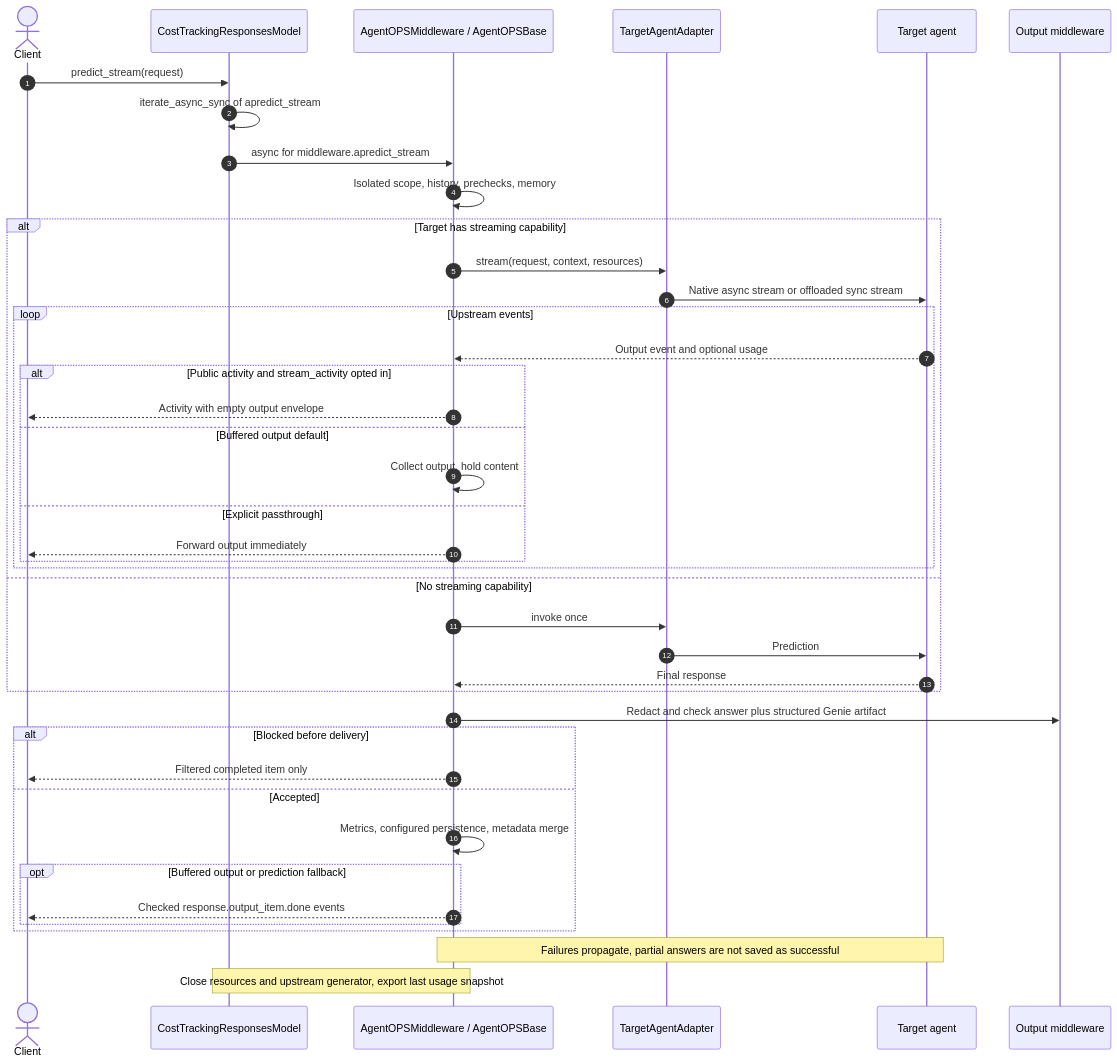
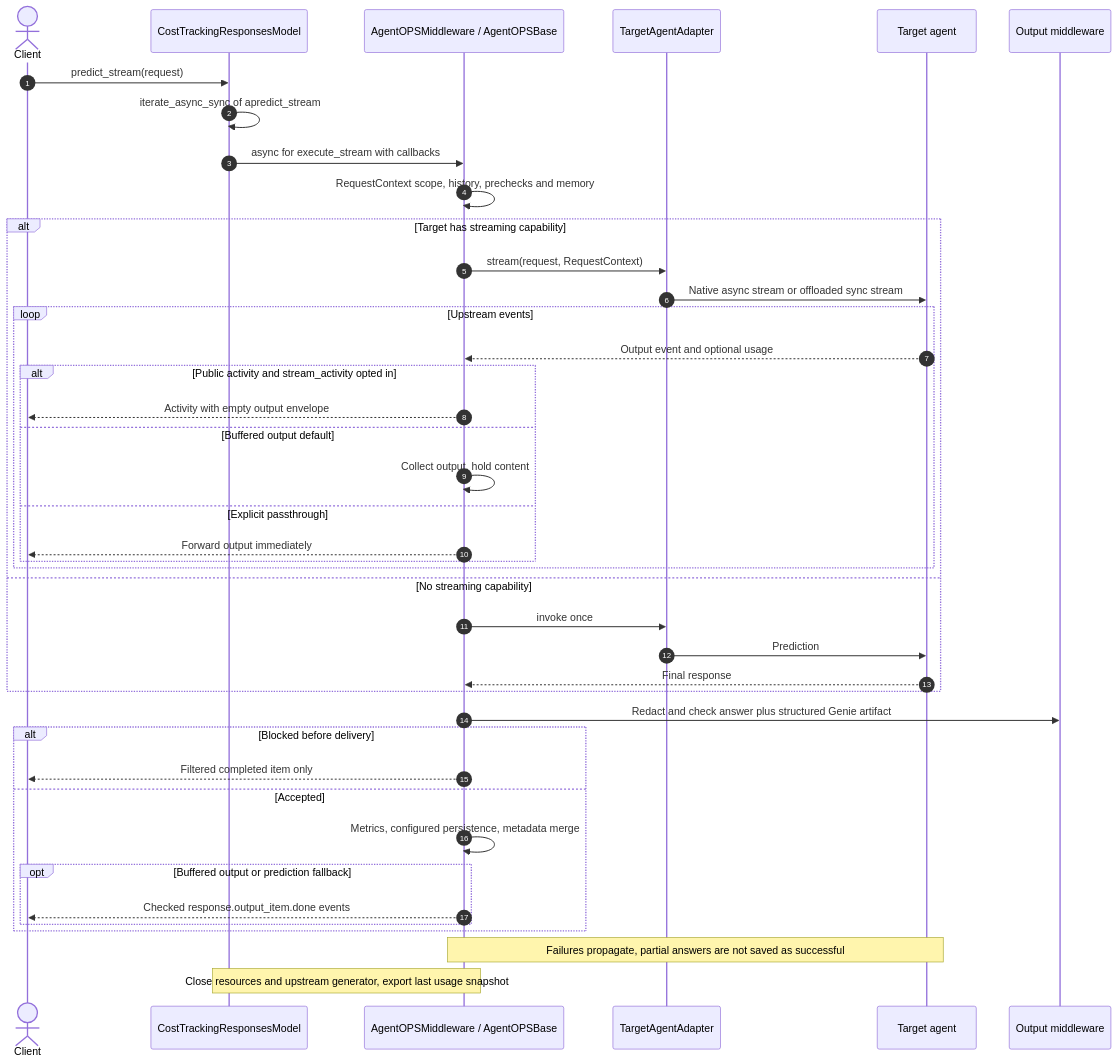
Before and after one commit to Narendra9999/Agentops-service: the diagram in docs/development/diagrams/agentops-stream-sequence.mmd, drawn with Mermaid. The commit also changed 28 other files, not shown here.

Commit message:
Refactor inference to clone-free callbacks with explicit request context

```diff
--- a/docs/development/diagrams/agentops-stream-sequence.mmd
+++ b/docs/development/diagrams/agentops-stream-sequence.mmd
@@ -1,41 +1,41 @@
 sequenceDiagram
     autonumber
     actor U as Client
     participant W as CostTrackingResponsesModel
     participant B as AgentOPSMiddleware / AgentOPSBase
     participant A as TargetAgentAdapter
     participant T as Target agent
     participant G as Output middleware
     U->>W: predict_stream(request)
     W->>W: iterate_async_sync of apredict_stream
-    W->>B: async for middleware.apredict_stream
-    B->>B: Isolated scope, history, prechecks, memory
+    W->>B: async for execute_stream with callbacks
+    B->>B: RequestContext scope, history, prechecks and memory
     alt Target has streaming capability
-        B->>A: stream(request, context, resources)
+        B->>A: stream(request, RequestContext)
         A->>T: Native async stream or offloaded sync stream
         loop Upstream events
             T-->>B: Output event and optional usage
             alt Public activity and stream_activity opted in
                 B-->>U: Activity with empty output envelope
             else Buffered output default
                 B->>B: Collect output, hold content
             else Explicit passthrough
                 B-->>U: Forward output immediately
             end
         end
     else No streaming capability
         B->>A: invoke once
         A->>T: Prediction
         T-->>B: Final response
     end
     B->>G: Redact and check answer plus structured Genie artifact
     alt Blocked before delivery
         B-->>U: Filtered completed item only
     else Accepted
         B->>B: Metrics, configured persistence, metadata merge
         opt Buffered output or prediction fallback
             B-->>U: Checked response.output_item.done events
         end
     end
     Note over B,T: Failures propagate, partial answers are not saved as successful
     Note over B,W: Close resources and upstream generator, export last usage snapshot
```
